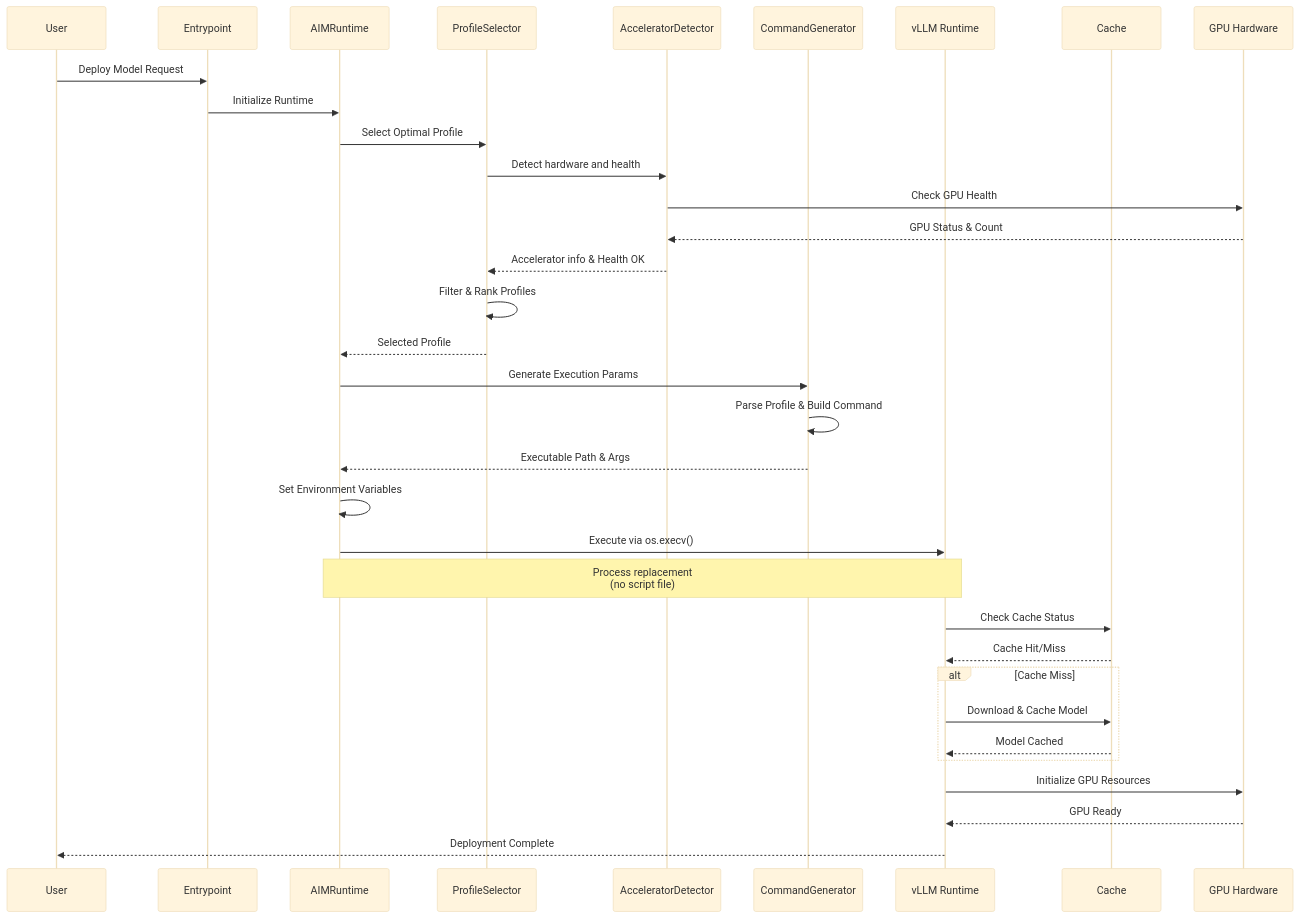
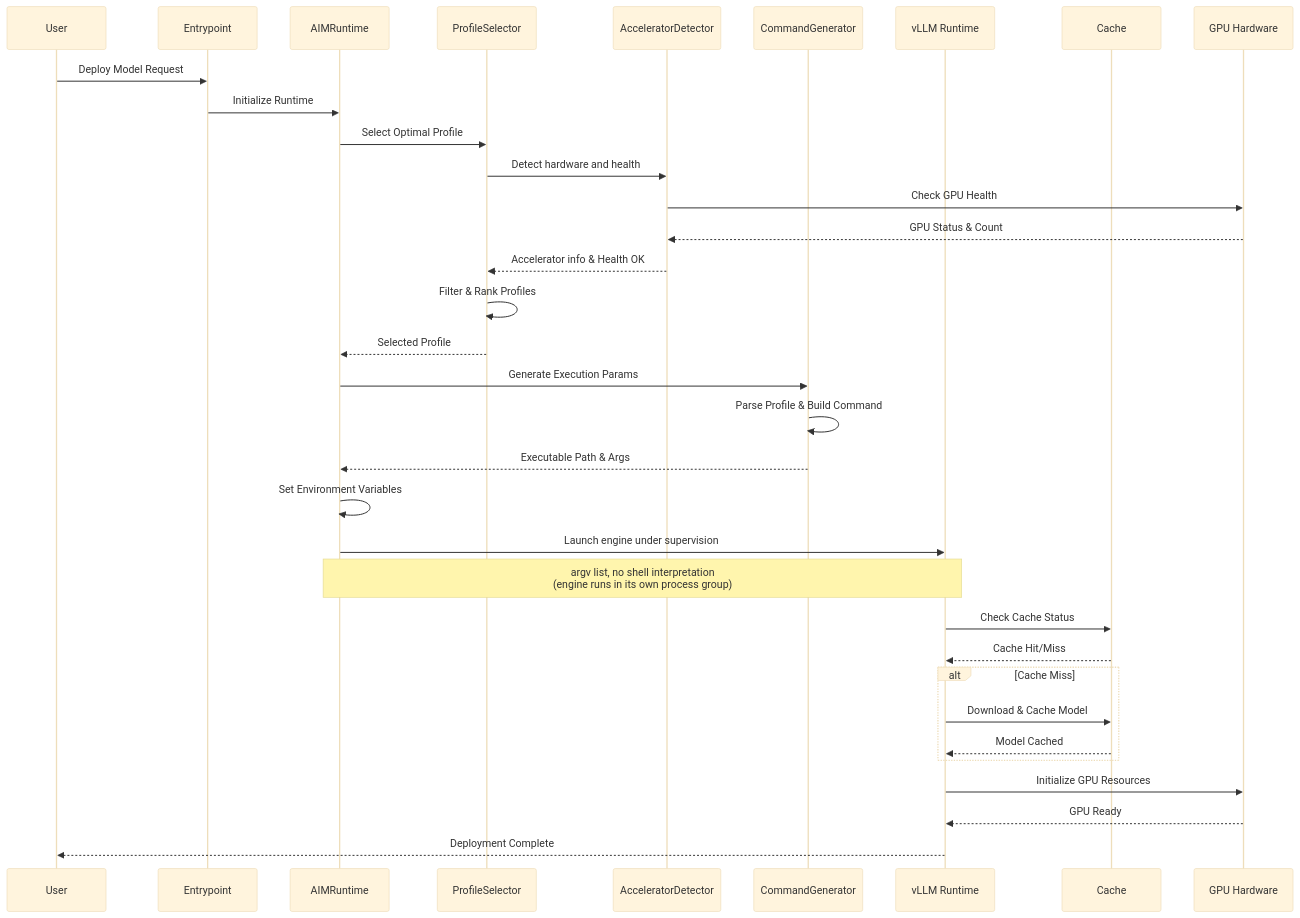
The diagram in docs/aim_architecture.md (amd-enterprise-ai/aim-build), drawn with Mermaid (base theme) before and after one commit. The commit also changed other lines of this file and 382 other files, not shown here.

````diff
--- a/docs/aim_architecture.md
+++ b/docs/aim_architecture.md
@@ -416,41 +417,41 @@
 ```mermaid
 sequenceDiagram
     participant U as User
     participant E as Entrypoint
     participant R as AIMRuntime
     participant PS as ProfileSelector
     participant AD as AcceleratorDetector
     participant CG as CommandGenerator
     participant V as vLLM Runtime
     participant C as Cache
     participant G as GPU Hardware
 
     U->>E: Deploy Model Request
     E->>R: Initialize Runtime
     R->>PS: Select Optimal Profile
     PS->>AD: Detect hardware and health
     AD->>G: Check GPU Health
     G-->>AD: GPU Status & Count
     AD-->>PS: Accelerator info & Health OK
     PS->>PS: Filter & Rank Profiles
     PS-->>R: Selected Profile
 
     R->>CG: Generate Execution Params
     CG->>CG: Parse Profile & Build Command
     CG-->>R: Executable Path & Args
     R->>R: Set Environment Variables
 
-    R->>V: Execute via os.execv()
-    Note over R,V: Process replacement<br/>(no script file)
+    R->>V: Launch engine under supervision
+    Note over R,V: argv list, no shell interpretation<br/>(engine runs in its own process group)
     V->>C: Check Cache Status
     C-->>V: Cache Hit/Miss
 
     alt Cache Miss
         V->>C: Download & Cache Model
         C-->>V: Model Cached
     end
 
     V->>G: Initialize GPU Resources
     G-->>V: GPU Ready
     V-->>U: Deployment Complete
 ```
````
